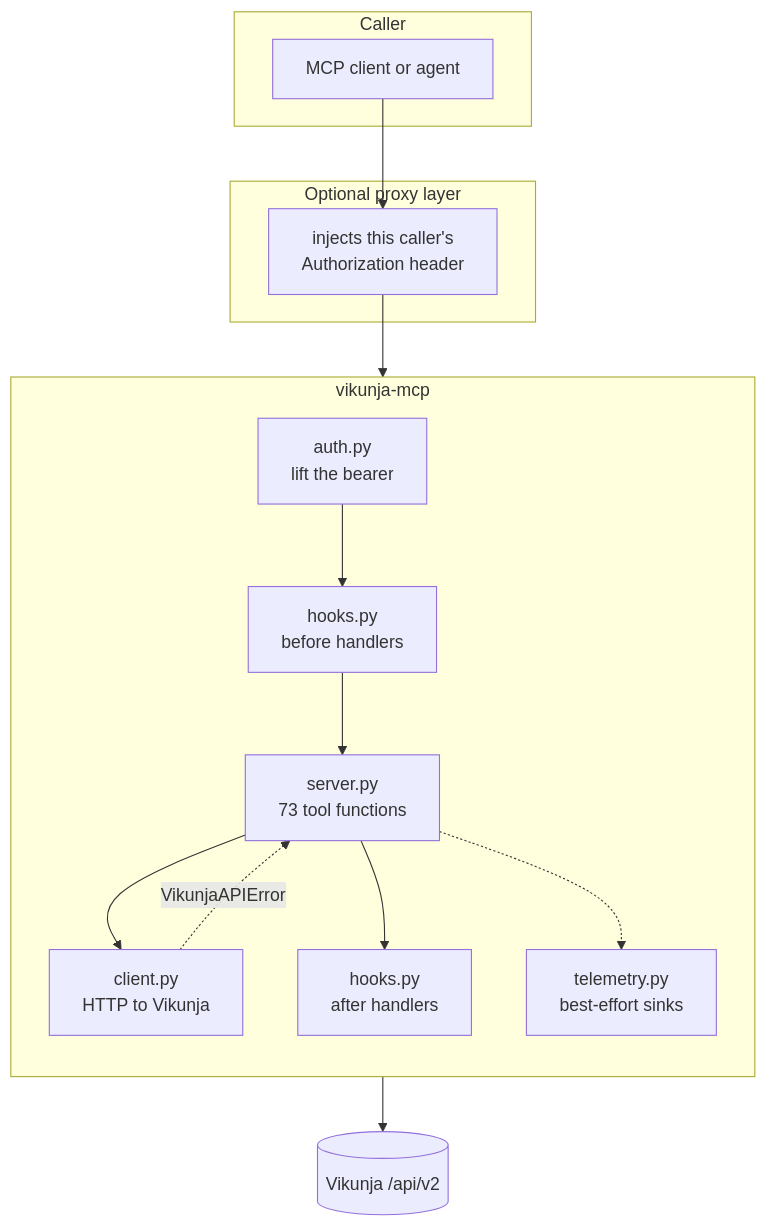
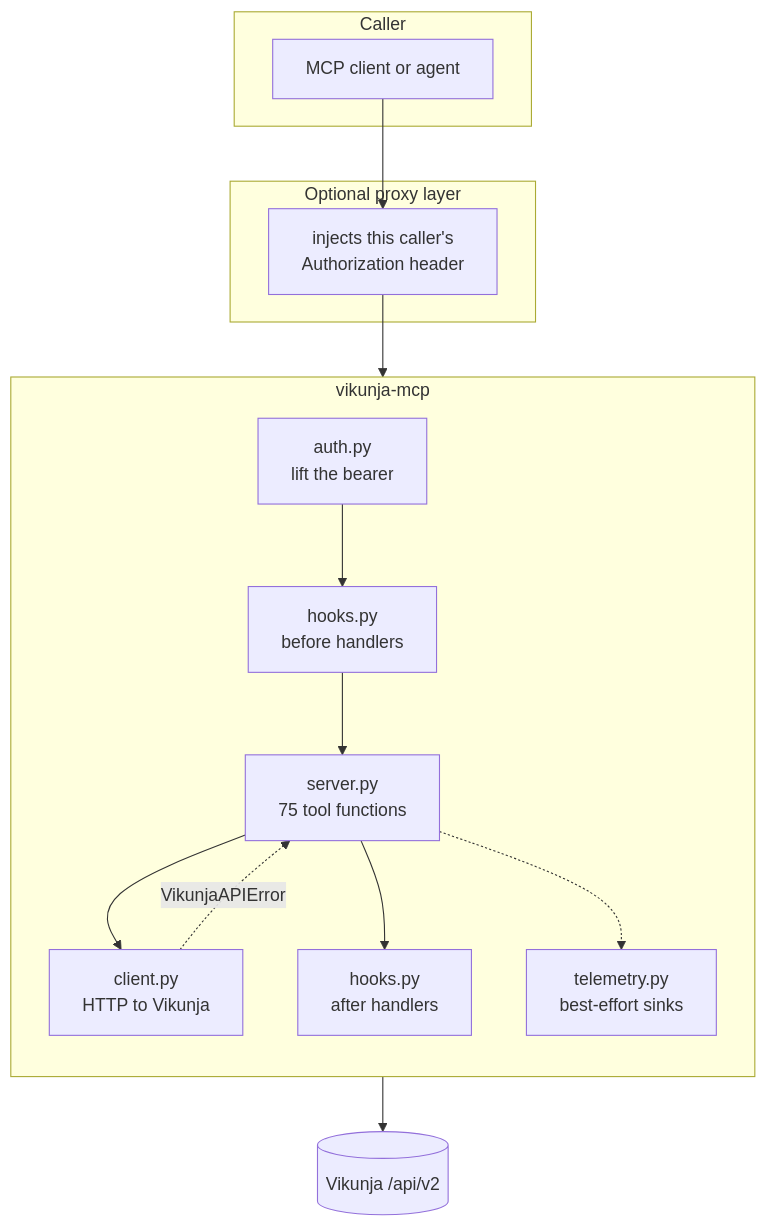
One commit to TadMSTR/vikunja-mcp changed the diagram in ARCHITECTURE.md. Above: the diagram before and after it, drawn with Mermaid. The commit also changed 7 other files, not shown here.

````diff
--- a/ARCHITECTURE.md
+++ b/ARCHITECTURE.md
@@ -18,24 +18,24 @@
 ```mermaid
 flowchart TB
     subgraph client[Caller]
         A[MCP client or agent]
     end
     subgraph proxy[Optional proxy layer]
         P[injects this caller's<br/>Authorization header]
     end
     subgraph srv[vikunja-mcp]
         direction TB
         AU[auth.py<br/>lift the bearer]
         HK1[hooks.py<br/>before handlers]
-        SV[server.py<br/>73 tool functions]
+        SV[server.py<br/>75 tool functions]
         HK2[hooks.py<br/>after handlers]
         CL[client.py<br/>HTTP to Vikunja]
         TE[telemetry.py<br/>best-effort sinks]
     end
     V[(Vikunja /api/v2)]
 
     A --> P --> AU --> HK1 --> SV --> CL --> V
     SV --> HK2
     SV -.-> TE
     CL -.->|VikunjaAPIError| SV
 ```
````
